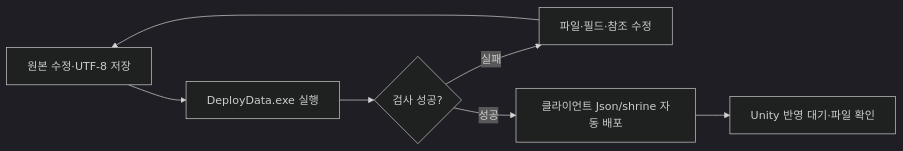
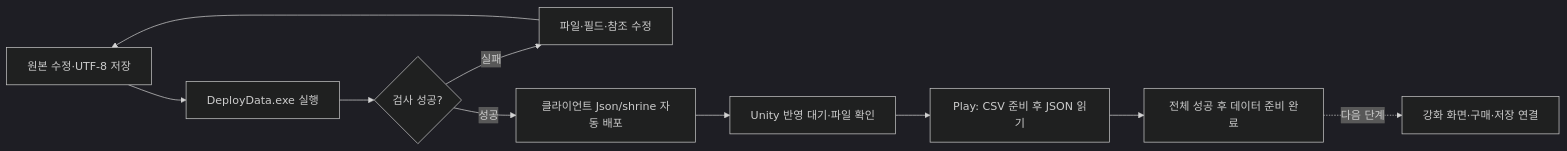
The diagram in Docs/기획자용 안내문서/서낭당 강화 데이터 배포 안내.md (lkhwcf-arch/Human_Ghost-), drawn with Mermaid (dark theme) before and after one commit. The commit also changed other lines of this file and 33 other files, not shown here.

````diff
--- a/Docs/기획자용 안내문서/서낭당 강화 데이터 배포 안내.md
+++ b/Docs/기획자용 안내문서/서낭당 강화 데이터 배포 안내.md
@@ -16,9 +18,12 @@
 ```mermaid
 flowchart LR
     A[원본 수정·UTF-8 저장] --> B[DeployData.exe 실행]
     B --> C{검사 성공?}
     C -->|실패| D[파일·필드·참조 수정]
     D --> A
     C -->|성공| E[클라이언트 Json/shrine 자동 배포]
     E --> F[Unity 반영 대기·파일 확인]
+    F --> G[Play: CSV 준비 후 JSON 읽기]
+    G --> H[전체 성공 후 데이터 준비 완료]
+    H -.다음 단계.-> I[강화 화면·구매·저장 연결]
 ```
````
